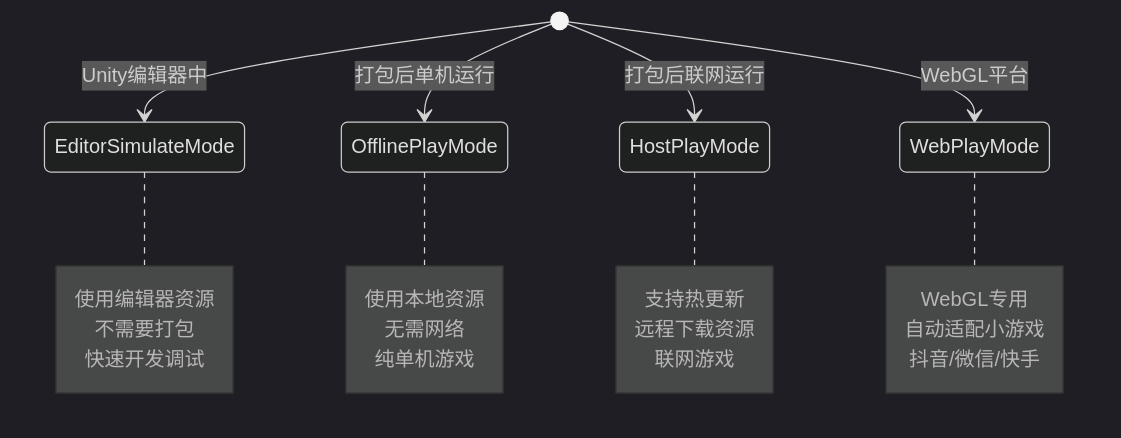
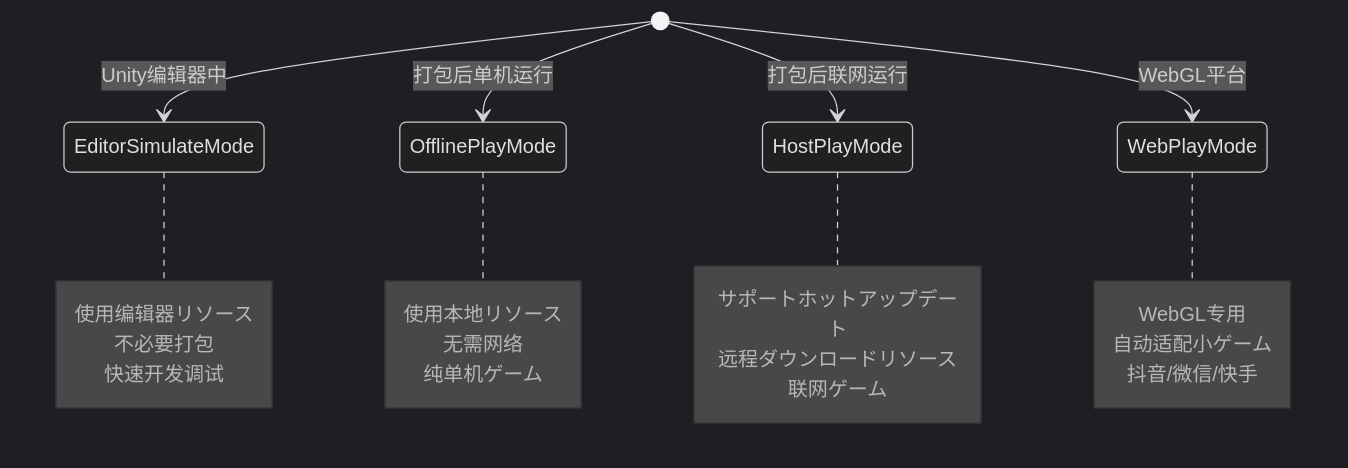
One commit to AlianBlank/GameFrameX.Docs changed the second of 5 diagrams in docs/ja/client/unity/component/asset/08.architecture.md. Above: the diagram before and after it, drawn with Mermaid (dark theme). The commit also changed other lines of this file and 603 other files, not shown here.

````diff
--- a/docs/ja/client/unity/component/asset/08.architecture.md
+++ b/docs/ja/client/unity/component/asset/08.architecture.md
@@ -166,31 +166,31 @@
 ```mermaid
 stateDiagram-v2
     [*] --> EditorSimulateMode: Unity编辑器中
     [*] --> OfflinePlayMode: 打包后单机运行
     [*] --> HostPlayMode: 打包后联网运行
     [*] --> WebPlayMode: WebGL平台
     
     note right of EditorSimulateMode
-        使用编辑器资源
-        不需要打包
+        使用编辑器リソース
+        不必要打包
         快速开发调试
     end note
     
     note right of OfflinePlayMode
-        使用本地资源
+        使用本地リソース
         无需网络
-        纯单机游戏
+        纯单机ゲーム
     end note
     
     note right of HostPlayMode
-        支持热更新
-        远程下载资源
-        联网游戏
+        サポートホットアップデート
+        远程ダウンロードリソース
+        联网ゲーム
     end note
     
     note right of WebPlayMode
         WebGL专用
-        自动适配小游戏
+        自动适配小ゲーム
         抖音/微信/快手
     end note
 ```
````
